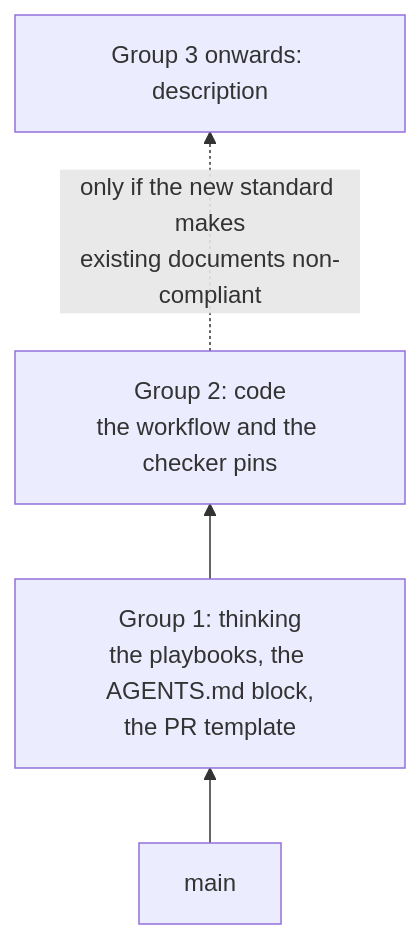
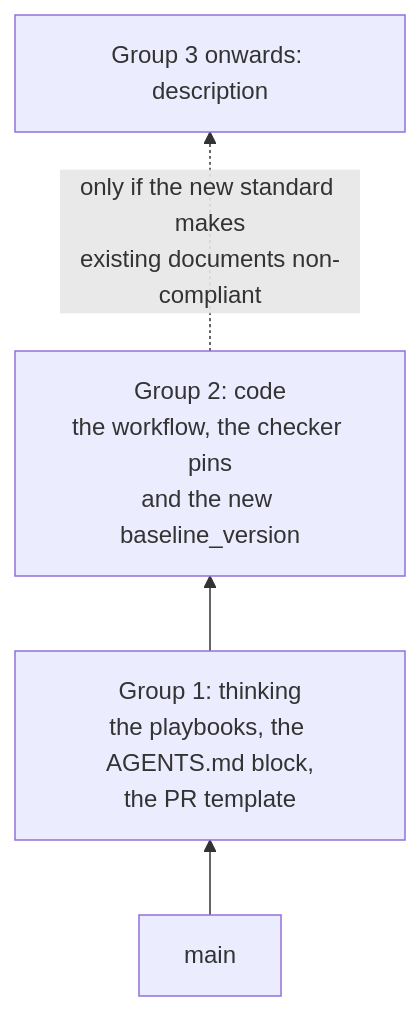
One commit to chandanbsd/baseline-framework changed the sixth of 6 diagrams in standard/22-tooling-requirements.md. Above: the diagram before and after it, drawn with Mermaid. The commit also changed other lines of this file and 8 other files, not shown here.

````diff
--- a/standard/22-tooling-requirements.md
+++ b/standard/22-tooling-requirements.md
@@ -242,9 +242,9 @@
 ```mermaid
 flowchart BT
     M["main"]
     G1["Group 1: thinking<br/>the playbooks, the AGENTS.md block,<br/>the PR template"]
-    G2["Group 2: code<br/>the workflow and the checker pins"]
+    G2["Group 2: code<br/>the workflow, the checker pins<br/>and the new baseline_version"]
     G3["Group 3 onwards: description"]
     M --> G1 --> G2
     G2 -. "only if the new standard makes<br/>existing documents non-compliant" .-> G3
 ```
````
